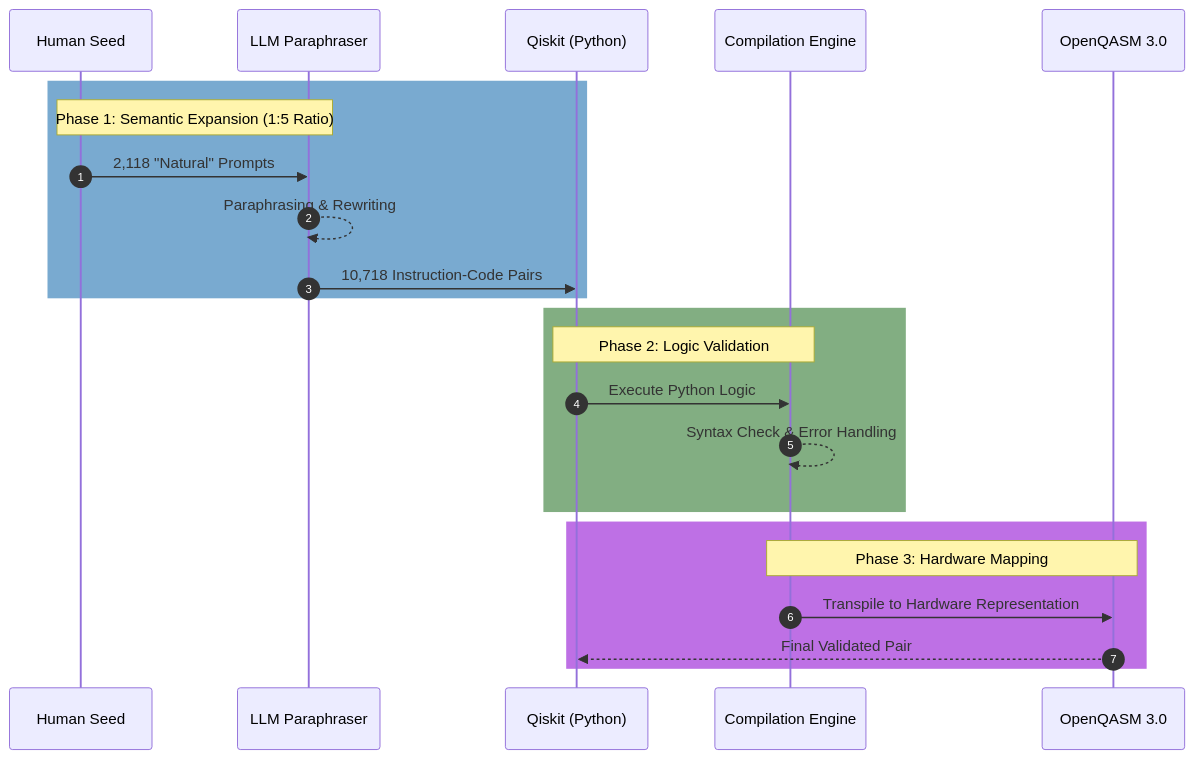
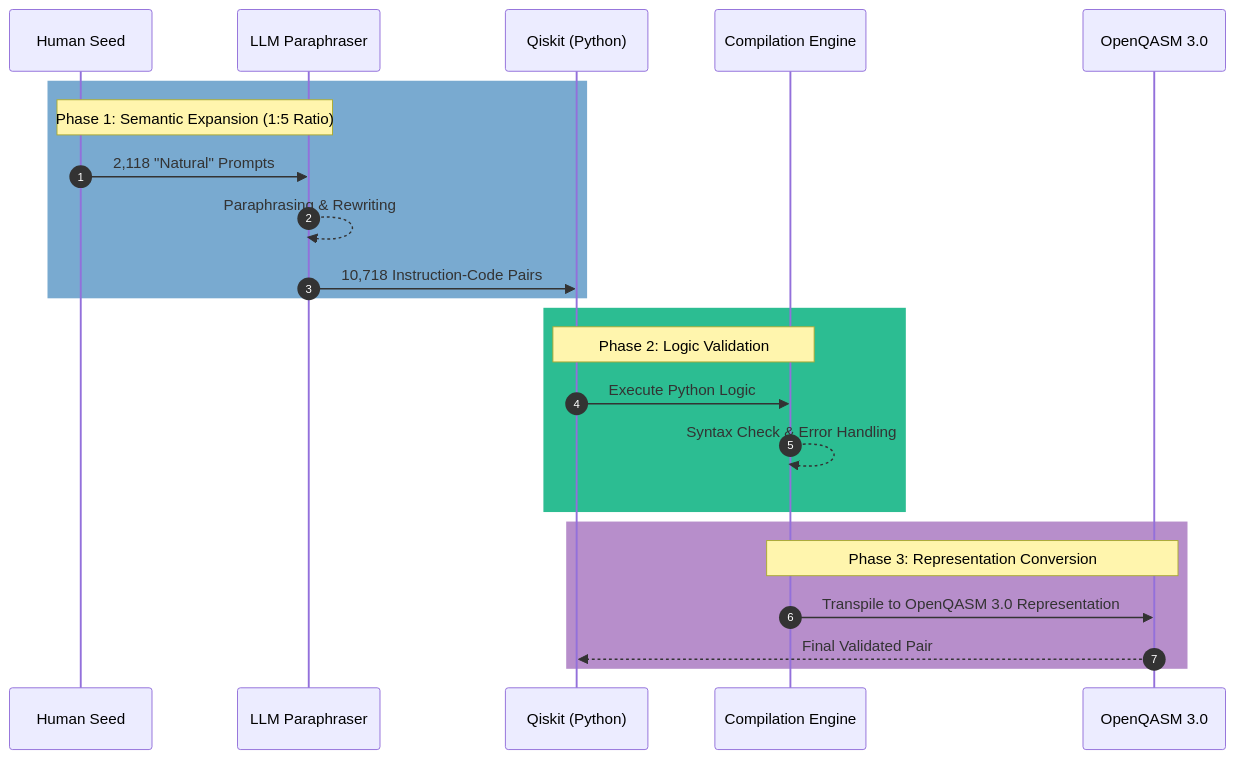
The second of 3 diagrams in ARCHITECTURE.mmd (Elias-Abebe-Gasparini/PQID-Dataset), drawn with Mermaid before and after one commit. The commit also changed other lines of this file and 1 other file, not shown here.

````diff
--- a/ARCHITECTURE.mmd
+++ b/ARCHITECTURE.mmd
@@ -50,28 +50,28 @@
 ```mermaid
 sequenceDiagram
     autonumber
     participant H as Human Seed
     participant LLM as LLM Paraphraser
     participant QK as Qiskit (Python)
     participant VAL as Compilation Engine
     participant Q3 as OpenQASM 3.0
 
     rect rgb(121, 170, 208)
     Note over H,LLM: Phase 1: Semantic Expansion (1:5 Ratio)
     H->>LLM: 2,118 "Natural" Prompts
     LLM-->>LLM: Paraphrasing & Rewriting
     LLM->>QK: 10,718 Instruction-Code Pairs
     end
 
-    rect rgb(130, 174, 130)
+    rect rgb(44, 189, 146)
     Note over QK,VAL: Phase 2: Logic Validation
     QK->>VAL: Execute Python Logic
     VAL-->>VAL: Syntax Check & Error Handling
     end
     
-    rect rgb(190, 112, 229)
-    Note over VAL,Q3: Phase 3: Hardware Mapping
-    VAL->>Q3: Transpile to Hardware Representation
+    rect rgb(183, 142, 203)
+    Note over VAL,Q3: Phase 3: Representation Conversion
+    VAL->>Q3: Transpile to OpenQASM 3.0 Representation
     Q3-->>QK: Final Validated Pair
     end
 ```
````
